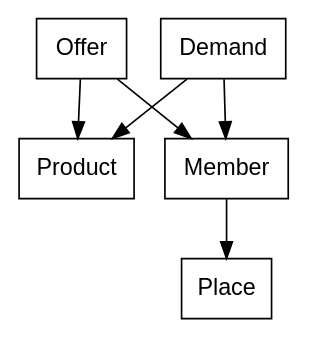
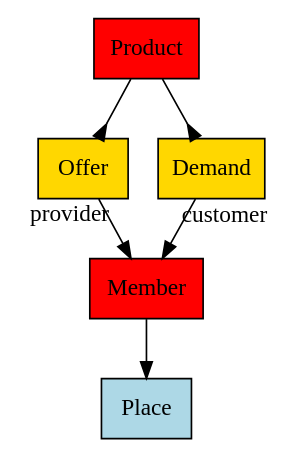
The diagram in docs/tutorials/lets/index.rst (lino-framework/lino), drawn with Graphviz before and after one commit. The commit also changed other lines of this file and 15 other files, not shown here.

```diff
--- a/docs/tutorials/lets/index.rst
+++ b/docs/tutorials/lets/index.rst
@@ -45,11 +99,21 @@
-.. digraph:: foo
+.. graphviz:: 
 
-   node [shape=box, fontname="Helvetica"];  Product;
-   node [shape=box];  Offer, Demand;
-   node [shape=box, fontname="Helvetica"];  Member, Place;
+   digraph foo  {
 
-   Offer -> Product;
-   Demand -> Product;
-   Offer -> Member;
-   Demand -> Member;
-   Member ->  Place;
+       graph [renderer="neato"]
+
+       node [shape=box]
+       node [style=filled]
+           node [fontname="times bold", fillcolor=red]  
+              Product Member
+           node [fontname="times" fillcolor=gold]  Offer  Demand
+           node [fontname="times italic" fillcolor=lightblue]  Place
+
+       Product -> Offer[arrowhead="inv"]
+       Product -> Demand[arrowhead="inv"]
+    
+       Offer -> Member[taillabel="provider", labelangle="-90", labeldistance="2"];
+       Demand -> Member[taillabel="customer", labelangle="90", labeldistance="2"];
+       Member ->  Place;
+
+  }
```
